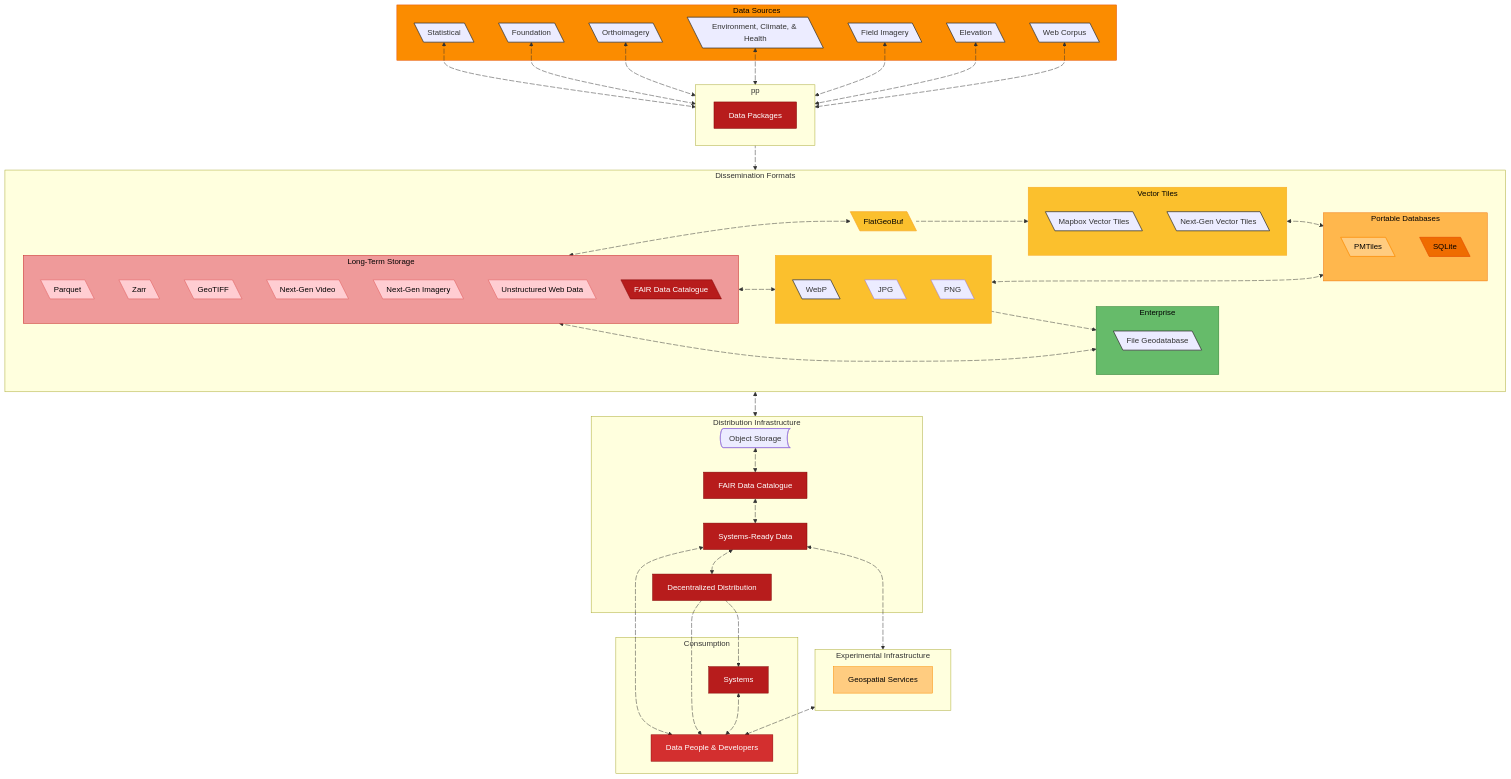
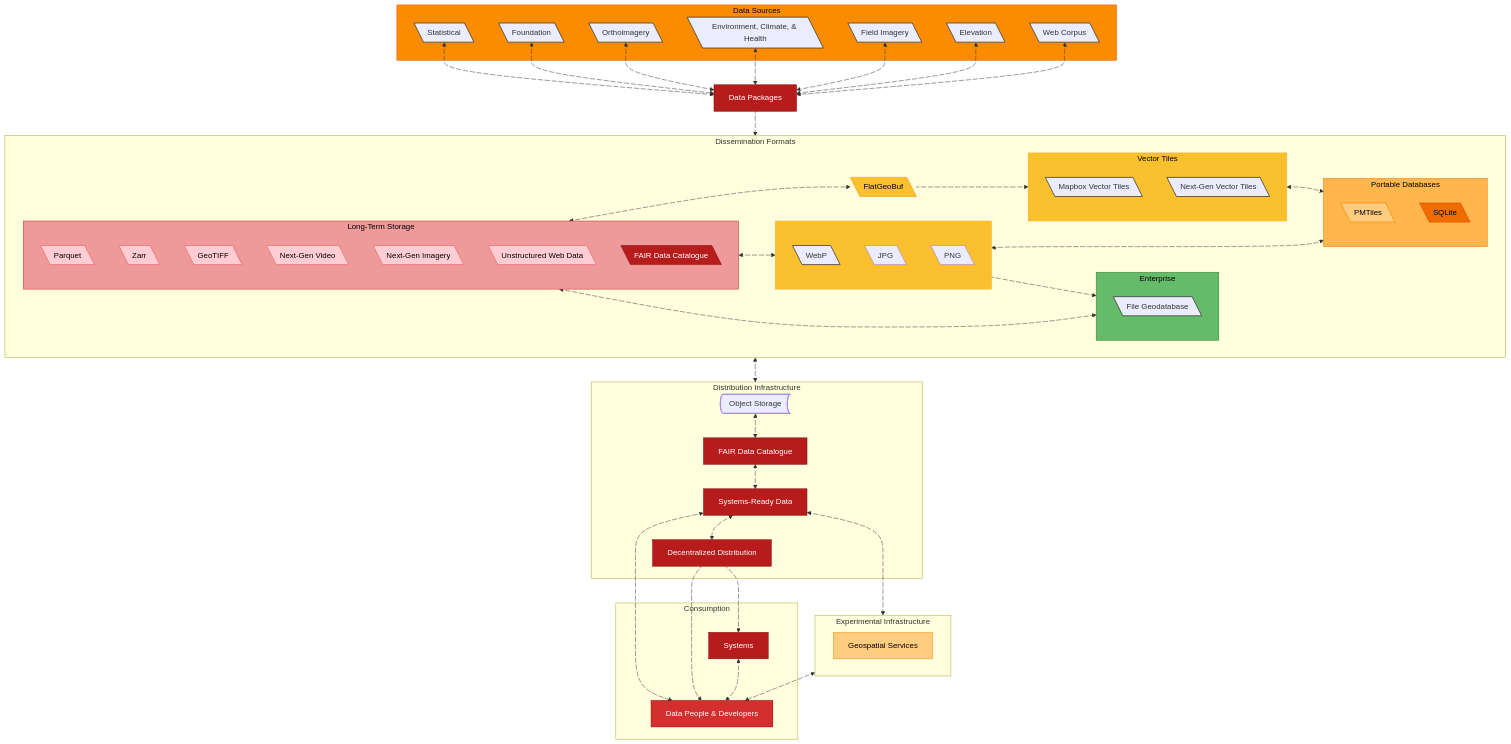
Before and after one commit to dataforcanada/www.dataforcanada.org: the diagram in high-level-overview-homepage.mermaid, drawn with Mermaid. The commit also changed 1 other file, not shown here.

Commit message:
Fixed issues in homepage high-level overview diagram on homepage

```diff
--- a/high-level-overview-homepage.mermaid
+++ b/high-level-overview-homepage.mermaid
@@ -17,11 +17,7 @@
     %% ---------------------------------------------------------
     %% 3. PROCESSING PIPELINE
     %% ---------------------------------------------------------
-    subgraph pp
-        %% Not the orchestrator, but a key towards achieving project mission.
-        DataforCanadaPackagesCollection@{ shape: rect, label: "Data Packages"}
-        %% Internal Link
-    end
+    DataforCanadaPackagesCollection@{ shape: rect, label: "Data Packages"}
 
     %% ---------------------------------------------------------
     %% 4. DISSEMINATION FORMATS
@@ -97,22 +93,22 @@
     %% =========================================================
 
     %% Data Sources <--> Data for Canada Packages Collection (Box)
-    Statistical a1@<--> pp
+    Statistical a1@<--> DataforCanadaPackagesCollection
     a1@{animate: true, animation: slow}
-    Foundation a2@<--> pp
+    Foundation a2@<--> DataforCanadaPackagesCollection
     a2@{animate: true, animation: slow}
-    Orthoimagery a3@<--> pp
+    Orthoimagery a3@<--> DataforCanadaPackagesCollection
     a3@{animate: true, animation: slow}
-    EnvironmentClimate a5@<--> pp
+    EnvironmentClimate a5@<--> DataforCanadaPackagesCollection
     a5@{animate: true, animation: fast}
-    FieldImagery a4@<--> pp
+    FieldImagery a4@<--> DataforCanadaPackagesCollection
     a4@{animate:true, animation: fast}
-    Elevation a6@<--> pp
+    Elevation a6@<--> DataforCanadaPackagesCollection
     a6@{animate: true, animation: slow}
-    WebCorpus a7@<--> pp
+    WebCorpus a7@<--> DataforCanadaPackagesCollection
     a7@{animate: true, animation: fast}
 
-    pp a10@--> df
+    DataforCanadaPackagesCollection a10@--> df
     a10@{animate: true, animation: fast}
 
     %% Long-Term Storage --> FlatGeoBuf
@@ -176,7 +172,6 @@
 
 classDef linkNode stroke:#333333,color:#333333,stroke-width:1.5px;
 
-%%style pp fill:#D32F2F,stroke:#8E0000,color:#FFFFFF
 style DataforCanadaPackagesCollection fill:#B71C1C,stroke:#7F0000,color:#FFFFFF
 style FAIRDataDis fill:#B71C1C,stroke:#7F0000,color:#FFFFFF
 style DecentralizedDistribution fill:#B71C1C,stroke:#7F0000,color:#FFFFFF
```
